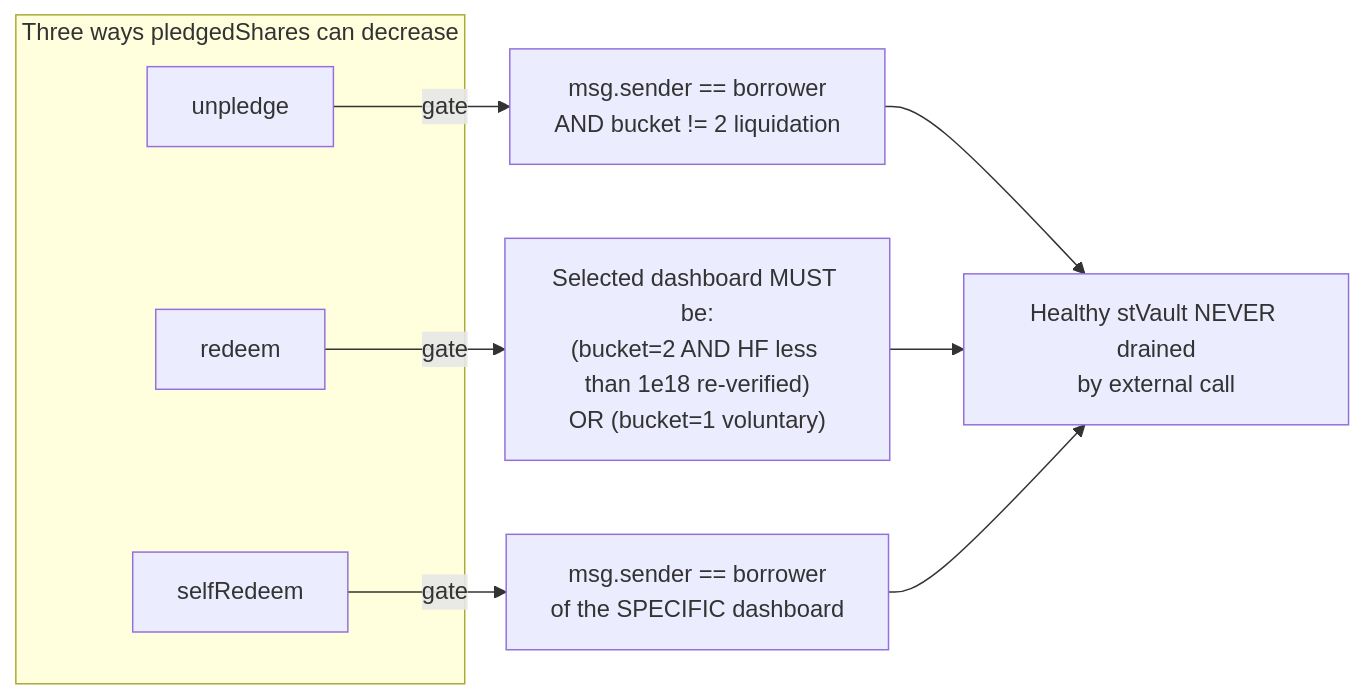
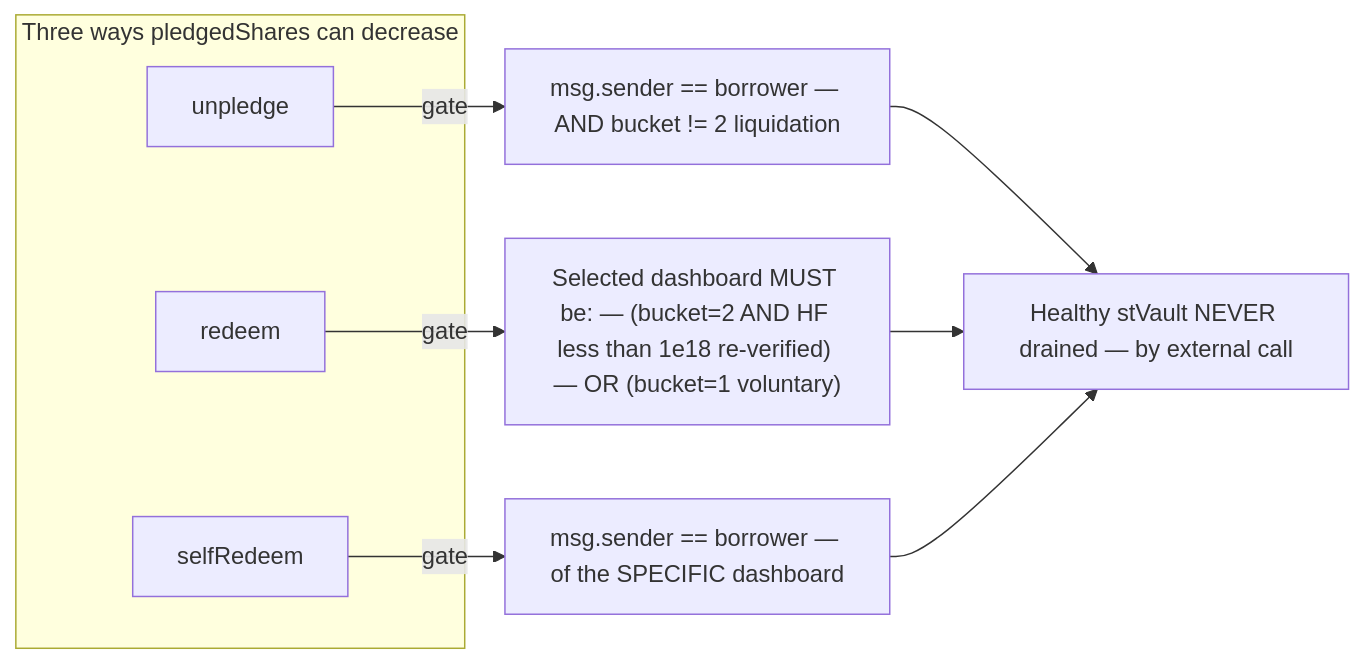
One commit to sanbir/vault-steth-adapter changed the sixth of 24 diagrams in docs/Architecture.md. Above: the diagram before and after it, drawn with Mermaid. The commit also changed other lines of this file and 1 other file, not shown here.

First line of the commit message:
docs: fix Mermaid <br/> rendering errors in Architecture.md and Liquidation-guarantees.md

````diff
--- a/docs/Architecture.md
+++ b/docs/Architecture.md
@@ -211,16 +211,16 @@
 ```mermaid
 flowchart LR
     subgraph DrainPaths["Three ways pledgedShares can decrease"]
         Unpledge["unpledge"]
         Redeem["redeem"]
         SelfRedeem["selfRedeem"]
     end
 
-    Unpledge -->|gate| G1["msg.sender == borrower<br/>AND bucket != 2 liquidation"]
-    Redeem -->|gate| G2["Selected dashboard MUST be:<br/>(bucket=2 AND HF less than 1e18 re-verified)<br/>OR (bucket=1 voluntary)"]
-    SelfRedeem -->|gate| G3["msg.sender == borrower<br/>of the SPECIFIC dashboard"]
+    Unpledge -->|gate| G1["msg.sender == borrower — AND bucket != 2 liquidation"]
+    Redeem -->|gate| G2["Selected dashboard MUST be: — (bucket=2 AND HF less than 1e18 re-verified) — OR (bucket=1 voluntary)"]
+    SelfRedeem -->|gate| G3["msg.sender == borrower — of the SPECIFIC dashboard"]
 
-    G1 --> Invariant["Healthy stVault NEVER drained<br/>by external call"]
+    G1 --> Invariant["Healthy stVault NEVER drained — by external call"]
     G2 --> Invariant
     G3 --> Invariant
 ```
````
